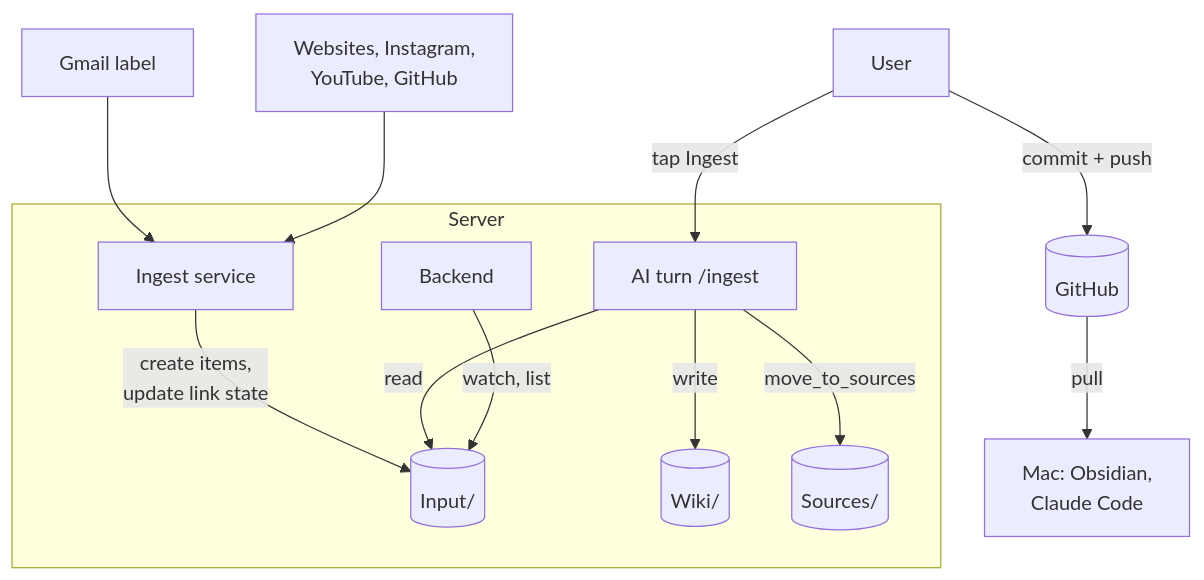
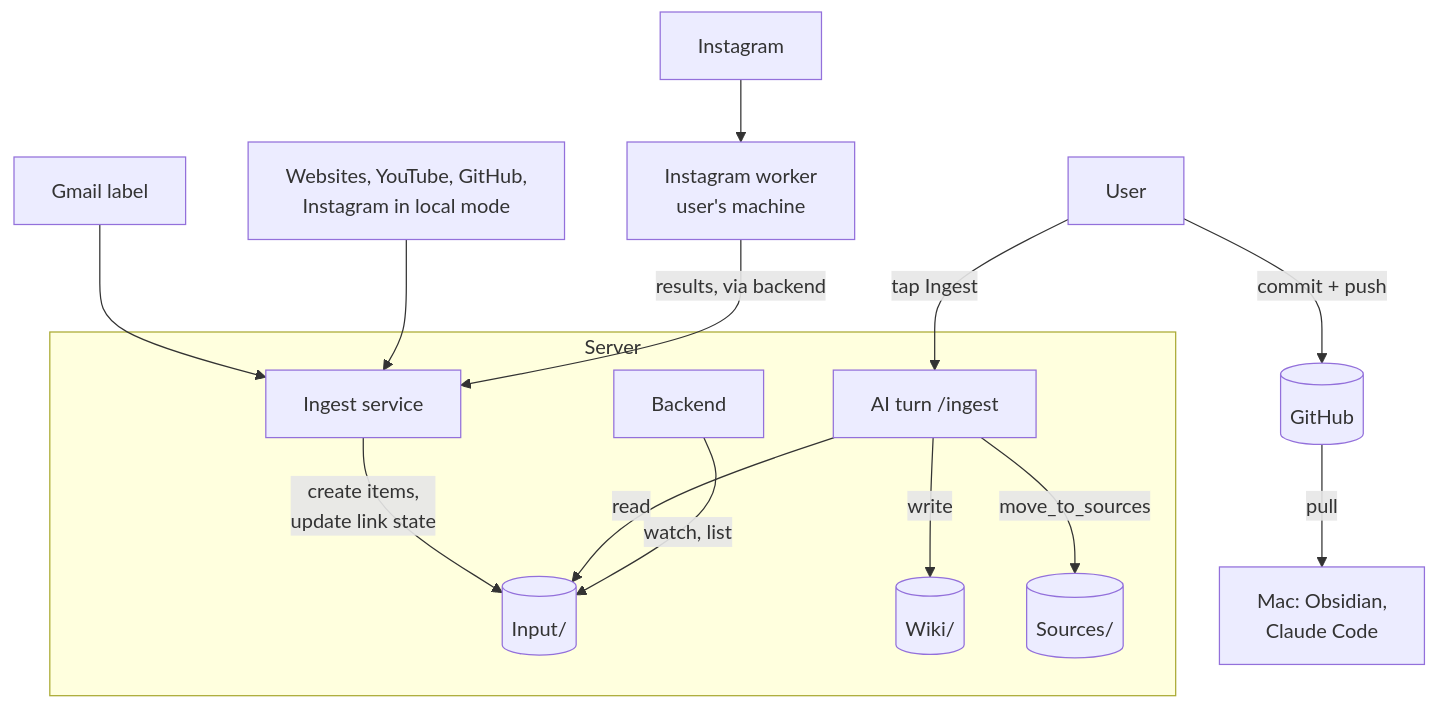
One commit to tillg/karpathy.app changed diagram 23 of 27 in specs/system/domain.md. Above: the diagram before and after it, drawn with Mermaid. The commit also changed other lines of this file and 9 other files, not shown here.

````diff
--- a/specs/system/domain.md
+++ b/specs/system/domain.md
@@ -873,15 +885,17 @@
 ```mermaid
 flowchart TB
   subgraph Server
     IS[Ingest service] -->|create items,<br/>update link state| IN[(Input/)]
     AI[AI turn /ingest] -->|read| IN
     AI -->|write| WK[(Wiki/)]
     AI -->|move_to_sources| SR[(Sources/)]
     BE[Backend] -->|watch, list| IN
   end
   GM[Gmail label] --> IS
-  WEB[Websites, Instagram,<br/>YouTube, GitHub] --> IS
+  WEB[Websites, YouTube, GitHub,<br/>Instagram in local mode] --> IS
+  IW[Instagram worker<br/>user's machine] -->|results, via backend| IS
+  IG[Instagram] --> IW
   U[User] -->|tap Ingest| AI
   U -->|commit + push| GH[(GitHub)]
   GH -->|pull| MAC[Mac: Obsidian,<br/>Claude Code]
 ```
````
